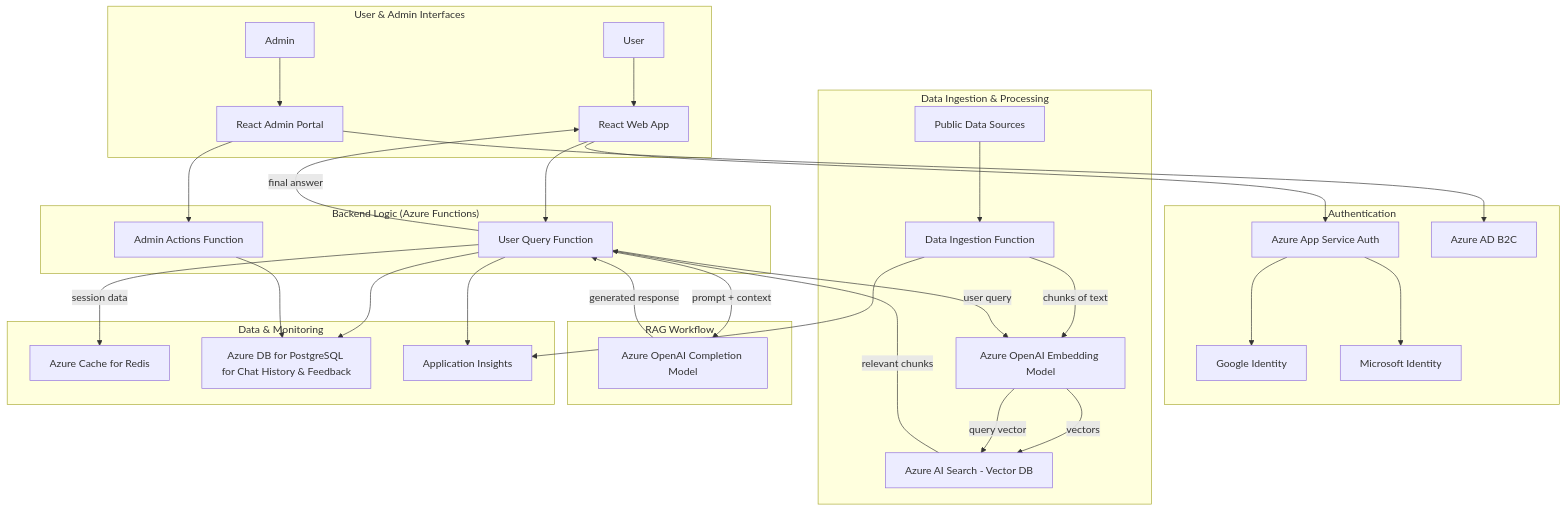
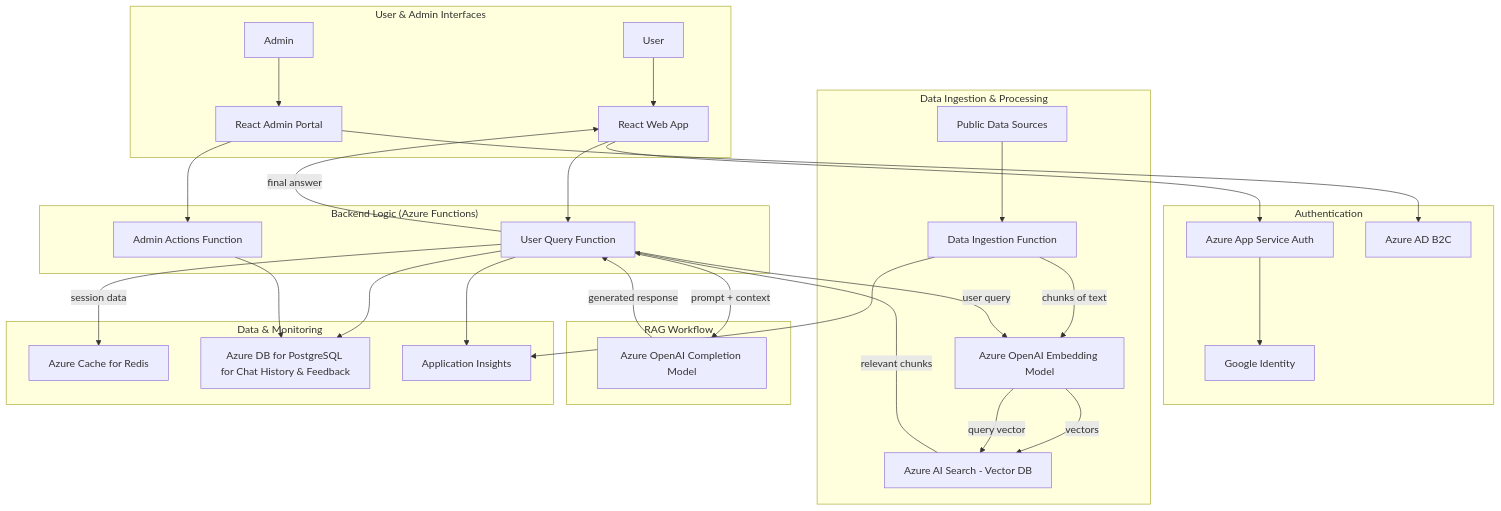
The diagram in README.md (fpittelo/alpinebot), drawn with Mermaid before and after one commit. The commit also changed other lines of this file and 13 other files, not shown here.

````diff
--- a/README.md
+++ b/README.md
@@ -60,42 +60,41 @@
 ```mermaid
 graph TD
     subgraph "User & Admin Interfaces"
         User[User] --> Frontend[React Web App];
         Admin[Admin] --> AdminPortal[React Admin Portal];
     end
 
     subgraph "Authentication"
         Frontend --> Auth[Azure App Service Auth];
         Auth --> Google[Google Identity];
-        Auth --> Microsoft[Microsoft Identity];
         AdminPortal --> AdminAuth[Azure AD B2C];
     end
 
     subgraph "Backend Logic (Azure Functions)"
         Frontend --> Backend_User_Query[User Query Function];
         AdminPortal --> Backend_Admin_Actions[Admin Actions Function];
     end
 
     subgraph "Data Ingestion & Processing"
         PublicData[Public Data Sources] --> Ingestion_Func[Data Ingestion Function];
         Ingestion_Func -- chunks of text --> Embedding_Model[Azure OpenAI Embedding Model];
         Embedding_Model -- vectors --> VectorDB[Azure AI Search - Vector DB];
     end
 
     subgraph "RAG Workflow"
         Backend_User_Query -- user query --> Embedding_Model;
         Embedding_Model -- query vector --> VectorDB;
         VectorDB -- relevant chunks --> Backend_User_Query;
         Backend_User_Query -- prompt + context --> OpenAI_Completion[Azure OpenAI Completion Model];
         OpenAI_Completion -- generated response --> Backend_User_Query;
         Backend_User_Query -- final answer --> Frontend;
     end
 
     subgraph "Data & Monitoring"
         Backend_User_Query -- session data --> Redis[Azure Cache for Redis];
         Backend_User_Query --> PostgreSQL[Azure DB for PostgreSQL for Chat History & Feedback];
         Backend_Admin_Actions --> PostgreSQL;
         Backend_User_Query --> AppInsights[Application Insights];
         Ingestion_Func --> AppInsights;
     end
 ```
````
